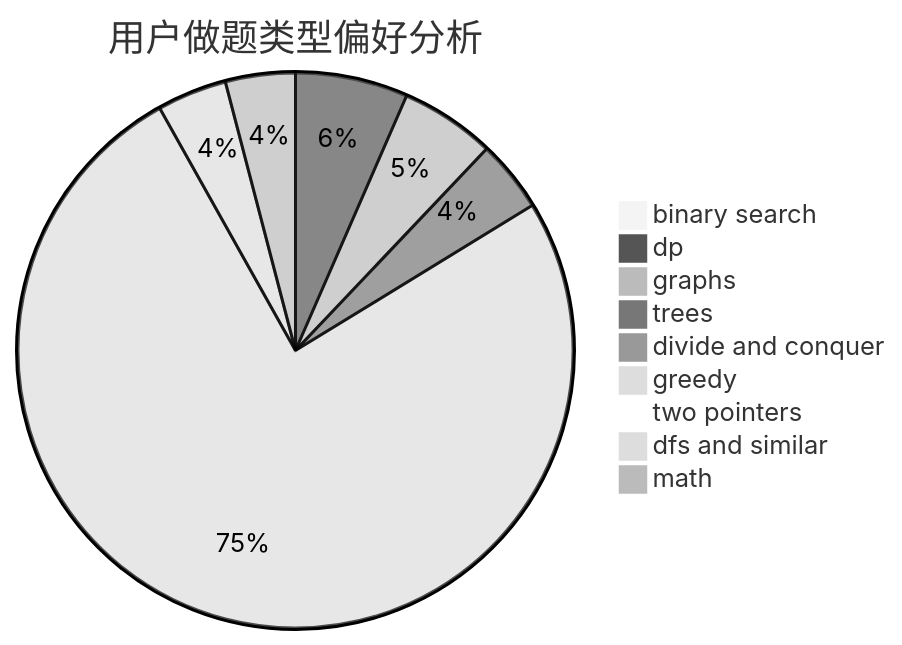
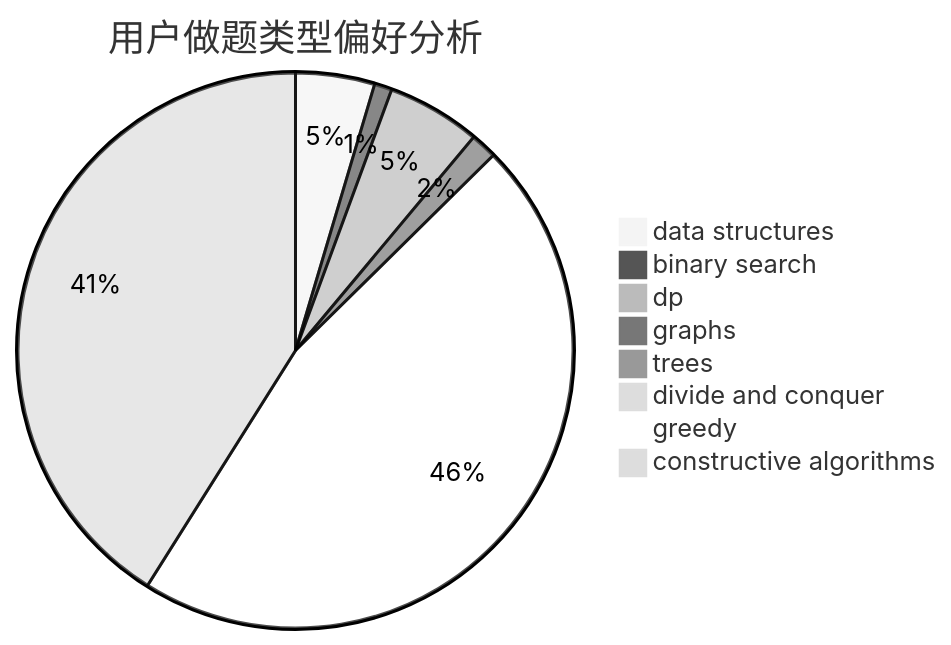
The second of 3 diagrams in docs/user/u2248.md (sherpahu/cfrs.github.io), drawn with Mermaid (neutral theme) before and after one commit. The commit also changed other lines of this file and 2775 other files, not shown here.

````diff
--- a/docs/user/u2248.md
+++ b/docs/user/u2248.md
@@ -23,12 +23,11 @@
 ```mermaid
 pie title 用户做题类型偏好分析
+    "data structures" :  27
     "binary search" :  6
-    "dp" :  58
-    "graphs" :  49
-    "trees" :  37
+    "dp" :  32
+    "graphs" :  9
+    "trees" :  0
     "divide and conquer" :  5
-    "greedy" :  670
-    "two pointers" :  0
-    "dfs and similar" :  36
-    "math" :  36
+    "greedy" :  272
+    "constructive algorithms" :  241
 ```
````
